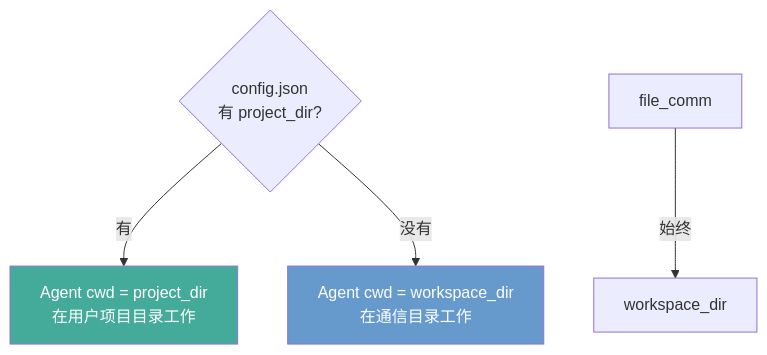
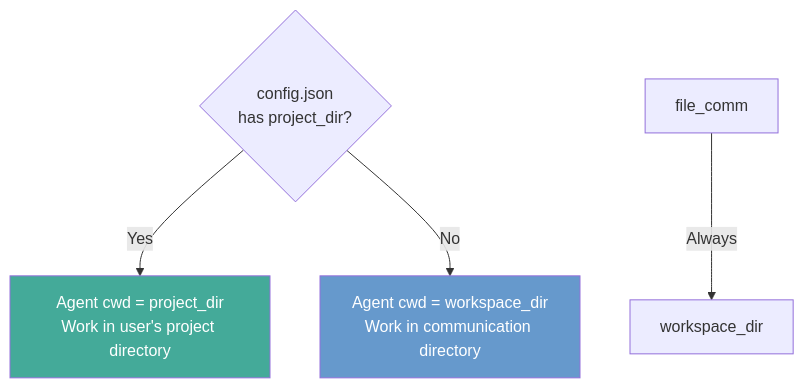
Before and after one commit to lchaoer/Polygents: the second of 2 diagrams in docs/plans/2026-04-01-config-system.md, drawn with Mermaid. The commit also changed other lines of this file and 4 other files, not shown here.

````diff
--- a/docs/plans/2026-04-01-config-system.md
+++ b/docs/plans/2026-04-01-config-system.md
@@ -65,11 +65,11 @@
 ```mermaid
 graph TD
-    A{config.json<br/>有 project_dir?}
-    A -->|有| B[Agent cwd = project_dir<br/>在用户项目目录工作]
-    A -->|没有| C[Agent cwd = workspace_dir<br/>在通信目录工作]
+    A{config.json<br/>has project_dir?}
+    A -->|Yes| B[Agent cwd = project_dir<br/>Work in user's project directory]
+    A -->|No| C[Agent cwd = workspace_dir<br/>Work in communication directory]
 
-    D[file_comm] -->|始终| E[workspace_dir]
+    D[file_comm] -->|Always| E[workspace_dir]
 
     style B fill:#4a9,color:#fff
     style C fill:#69c,color:#fff
 ```
````
